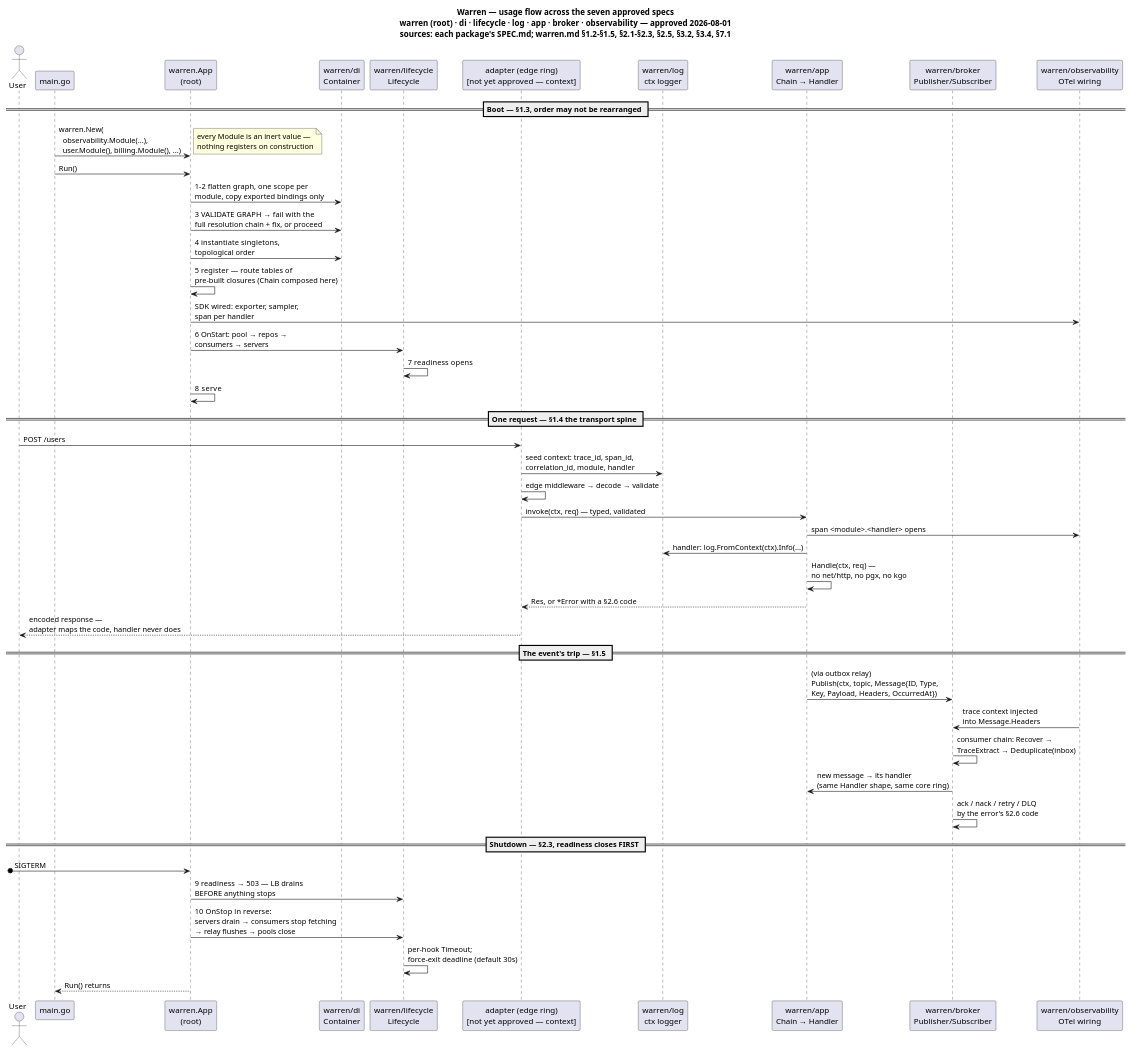
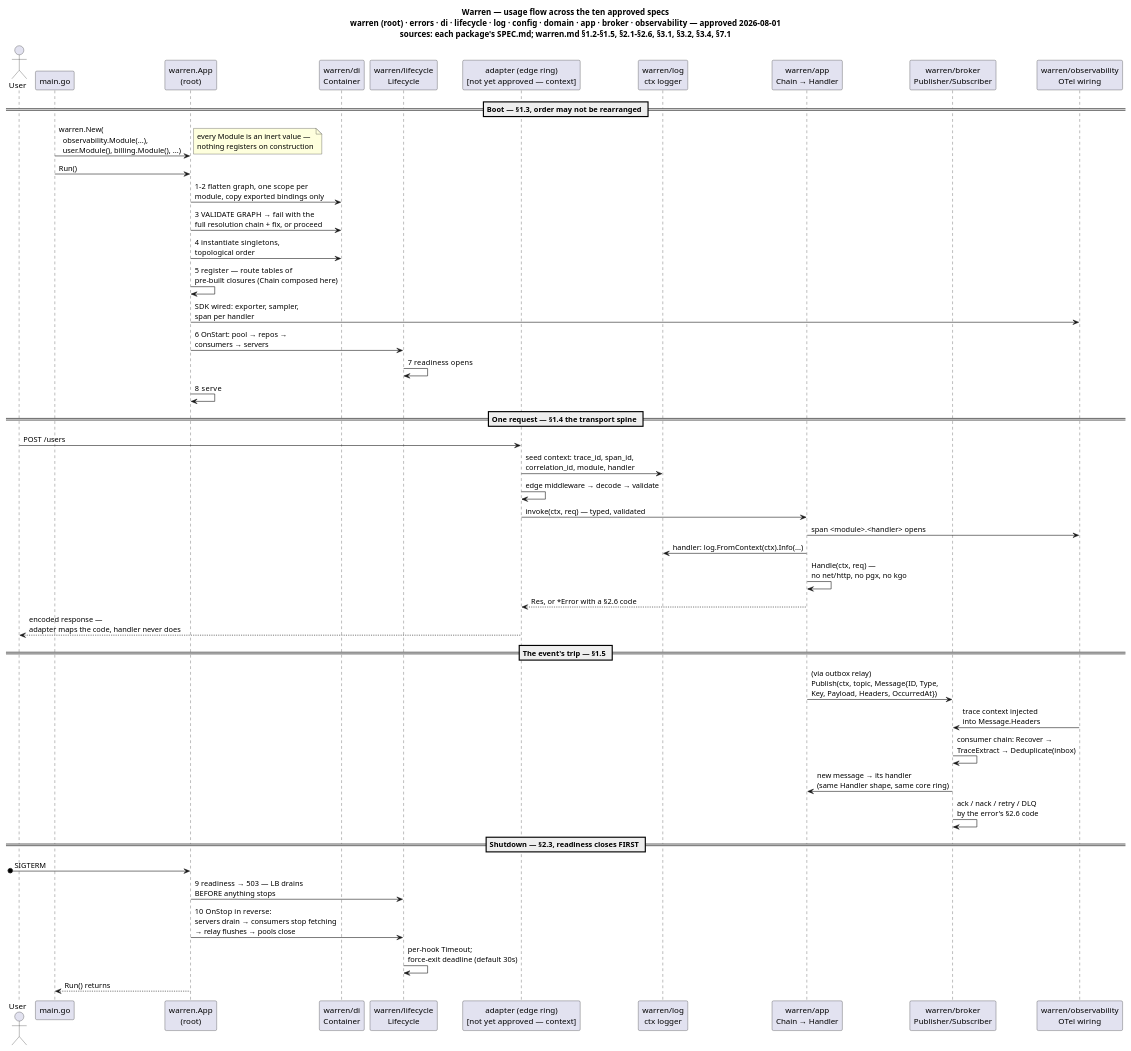
The diagram in docs/assets/approved-usage.puml (MerseniBilel/warren), drawn with PlantUML before and after one commit. The commit also changed 28 other files, not shown here.

```diff
--- a/docs/assets/approved-usage.puml
+++ b/docs/assets/approved-usage.puml
@@ -1,52 +1,52 @@
 @startuml approved-usage
-title Warren — usage flow across the seven approved specs\nwarren (root) · di · lifecycle · log · app · broker · observability — approved 2026-08-01\nsources: each package's SPEC.md; warren.md §1.2–§1.5, §2.1–§2.3, §2.5, §3.2, §3.4, §7.1
+title Warren — usage flow across the ten approved specs\nwarren (root) · errors · di · lifecycle · log · config · domain · app · broker · observability — approved 2026-08-01\nsources: each package's SPEC.md; warren.md §1.2–§1.5, §2.1–§2.6, §3.1, §3.2, §3.4, §7.1
 
 actor User
 participant "main.go" as main
 participant "warren.App\n(root)" as app
 participant "warren/di\nContainer" as di
 participant "warren/lifecycle\nLifecycle" as lc
 participant "adapter (edge ring)\n[not yet approved — context]" as edge
 participant "warren/log\nctx logger" as log
 participant "warren/app\nChain → Handler" as chain
 participant "warren/broker\nPublisher/Subscriber" as broker
 participant "warren/observability\nOTel wiring" as obs
 
 == Boot — §1.3, order may not be rearranged ==
 main -> app : warren.New(\n  observability.Module(...),\n  user.Module(), billing.Module(), ...)
 note right : every Module is an inert value —\nnothing registers on construction
 main -> app : Run()
 app -> di : 1–2  flatten graph, one scope per\nmodule, copy exported bindings only
 app -> di : 3  VALIDATE GRAPH → fail with the\nfull resolution chain + fix, or proceed
 app -> di : 4  instantiate singletons,\ntopological order
 app -> app : 5  register — route tables of\npre-built closures (Chain composed here)
 app -> obs : SDK wired: exporter, sampler,\nspan per handler
 app -> lc : 6  OnStart: pool → repos →\nconsumers → servers
 lc -> lc : 7  readiness opens
 app -> app : 8  serve
 
 == One request — §1.4 the transport spine ==
 User -> edge : POST /users
 edge -> log : seed context: trace_id, span_id,\ncorrelation_id, module, handler
 edge -> edge : edge middleware → decode → validate
 edge -> chain : invoke(ctx, req) — typed, validated
 chain -> obs : span <module>.<handler> opens
 chain -> log : handler: log.FromContext(ctx).Info(...)
 chain -> chain : Handle(ctx, req) —\nno net/http, no pgx, no kgo
 chain --> edge : Res, or *Error with a §2.6 code
 edge --> User : encoded response —\nadapter maps the code, handler never does
 
 == The event's trip — §1.5 ==
 chain -> broker : (via outbox relay)\nPublish(ctx, topic, Message{ID, Type,\nKey, Payload, Headers, OccurredAt})
 obs -> broker : trace context injected\ninto Message.Headers
 broker -> broker : consumer chain: Recover →\nTraceExtract → Deduplicate(inbox)
 broker -> chain : new message → its handler\n(same Handler shape, same core ring)
 broker -> broker : ack / nack / retry / DLQ\nby the error's §2.6 code
 
 == Shutdown — §2.3, readiness closes FIRST ==
 [o-> app : SIGTERM
 app -> lc : 9  readiness → 503 — LB drains\nBEFORE anything stops
 app -> lc : 10  OnStop in reverse:\nservers drain → consumers stop fetching\n→ relay flushes → pools close
 lc -> lc : per-hook Timeout;\nforce-exit deadline (default 30s)
 app --> main : Run() returns
 @enduml
```
